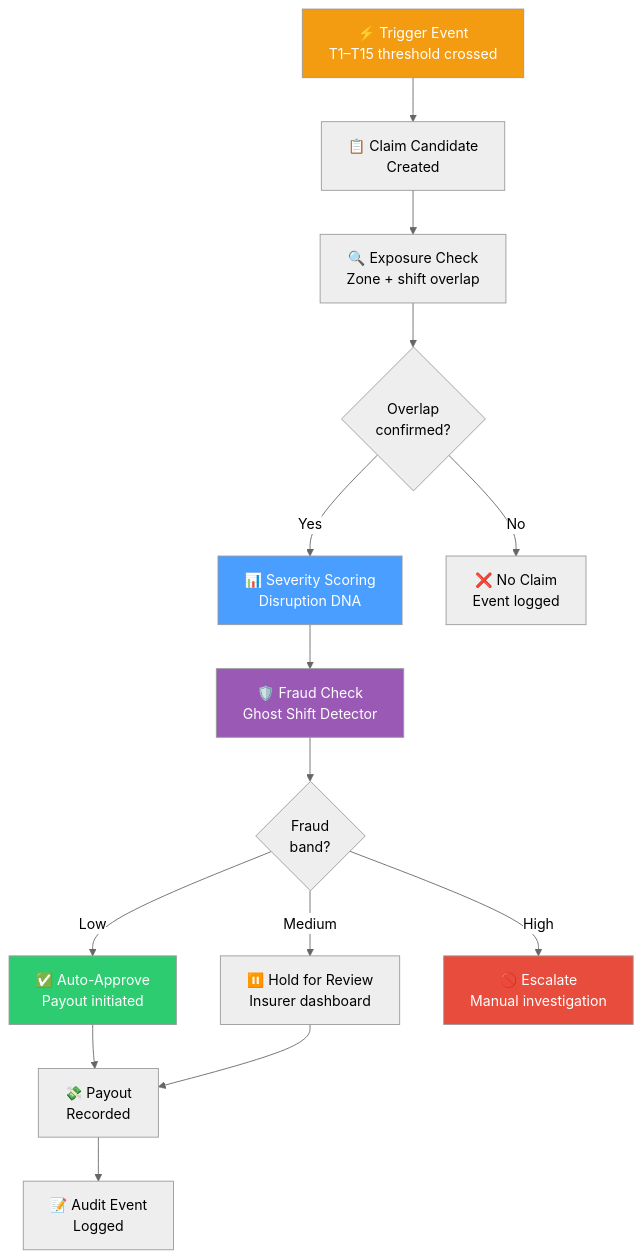
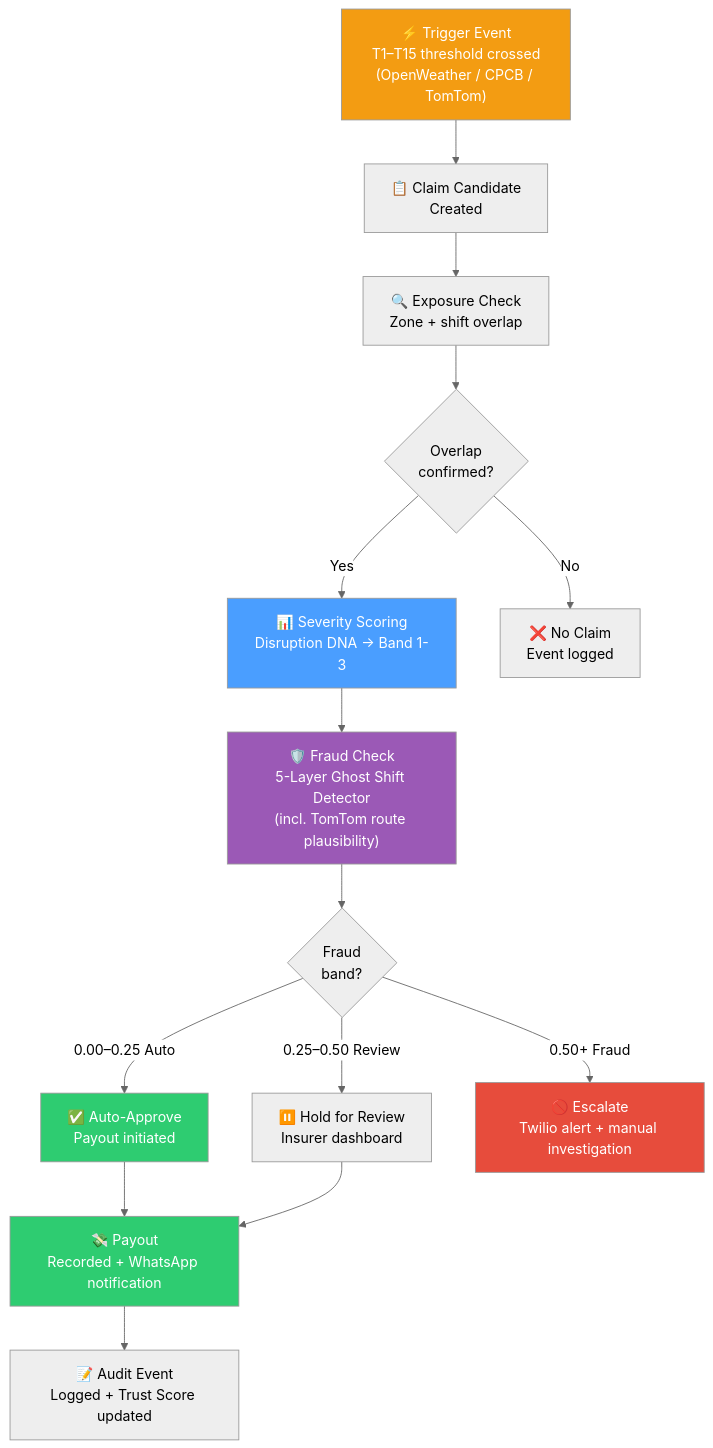
Before and after one commit to Chorko/Celestius_Covara_One_P1: the diagram in docs/diagrams/trigger-to-claim-flow.mmd, drawn with Mermaid (neutral theme). The commit also changed 55 other files, not shown here.

```diff
--- a/docs/diagrams/trigger-to-claim-flow.mmd
+++ b/docs/diagrams/trigger-to-claim-flow.mmd
@@ -1,24 +1,25 @@
 %% Covara One — Trigger to Claim to Approval Flow
-%% Status: Target architecture (no code implementation exists yet)
-%% Source: claim-engine/README.md
+%% Status: Production-implemented (8-stage pipeline, live fraud engine)
+%% Updated: 2026-04-03
 
 flowchart TD
-    A["⚡ Trigger Event<br/>T1–T15 threshold crossed"] --> B["📋 Claim Candidate<br/>Created"]
+    A["⚡ Trigger Event<br/>T1–T15 threshold crossed<br/>(OpenWeather / CPCB / TomTom)"] --> B["📋 Claim Candidate<br/>Created"]
     B --> C["🔍 Exposure Check<br/>Zone + shift overlap"]
     C --> D{"Overlap<br/>confirmed?"}
-    D -->|Yes| E["📊 Severity Scoring<br/>Disruption DNA"]
+    D -->|Yes| E["📊 Severity Scoring<br/>Disruption DNA → Band 1-3"]
     D -->|No| X["❌ No Claim<br/>Event logged"]
-    E --> F["🛡️ Fraud Check<br/>Ghost Shift Detector"]
+    E --> F["🛡️ Fraud Check<br/>5-Layer Ghost Shift Detector<br/>(incl. TomTom route plausibility)"]
     F --> G{"Fraud<br/>band?"}
-    G -->|Low| H["✅ Auto-Approve<br/>Payout initiated"]
-    G -->|Medium| I["⏸️ Hold for Review<br/>Insurer dashboard"]
-    G -->|High| J["🚫 Escalate<br/>Manual investigation"]
-    H --> K["💸 Payout<br/>Recorded"]
+    G -->|"0.00–0.25 Auto"| H["✅ Auto-Approve<br/>Payout initiated"]
+    G -->|"0.25–0.50 Review"| I["⏸️ Hold for Review<br/>Insurer dashboard"]
+    G -->|"0.50+ Fraud"| J["🚫 Escalate<br/>Twilio alert + manual investigation"]
+    H --> K["💸 Payout<br/>Recorded + WhatsApp notification"]
     I --> K
-    K --> L["📝 Audit Event<br/>Logged"]
+    K --> L["📝 Audit Event<br/>Logged + Trust Score updated"]
 
     style A fill:#f39c12,color:#fff
     style E fill:#4a9eff,color:#fff
     style F fill:#9b59b6,color:#fff
     style H fill:#2ecc71,color:#fff
     style J fill:#e74c3c,color:#fff
+    style K fill:#2ecc71,color:#fff
```
